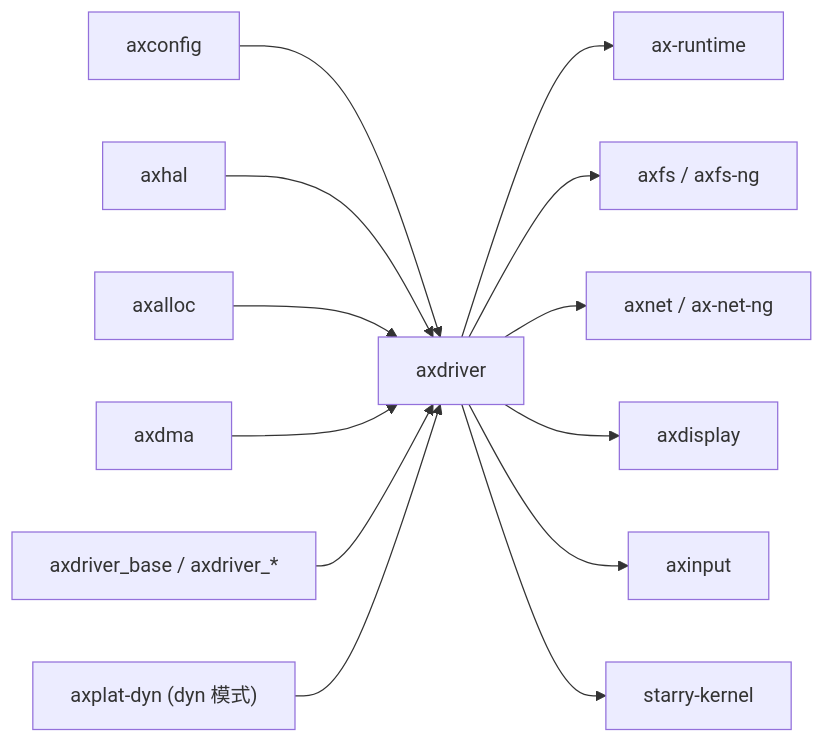
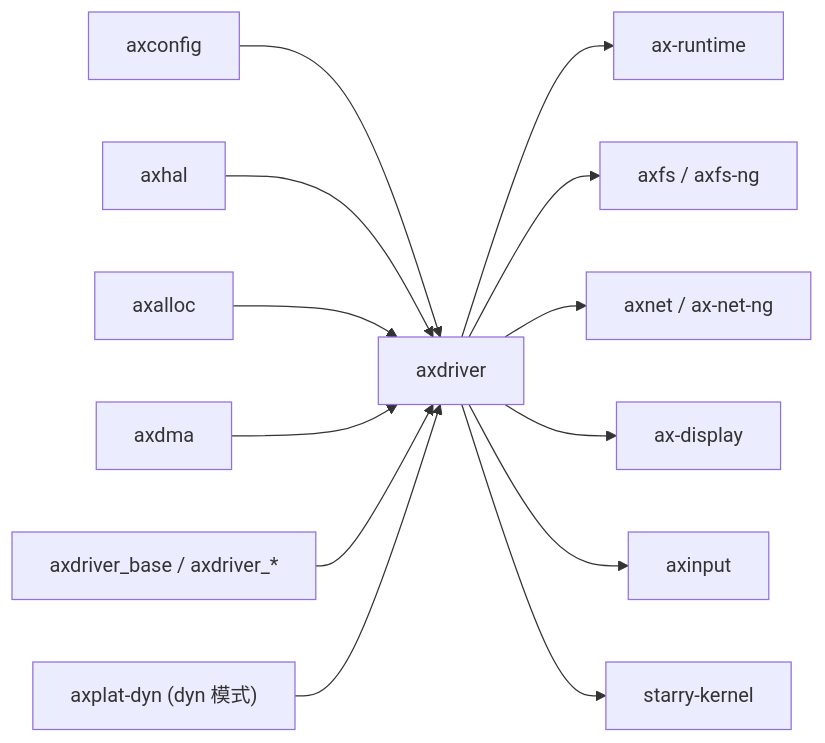
The second of 2 diagrams in docs/crates/axdriver.md (zKurisu/tgoskits), drawn with Mermaid before and after one commit. The commit also changed other lines of this file and 42 other files, not shown here.

Commit message:
rename axdisplay to ax-display

````diff
--- a/docs/crates/axdriver.md
+++ b/docs/crates/axdriver.md
@@ -124,16 +124,16 @@
 ```mermaid
 graph LR
     axconfig["axconfig"] --> axdriver["axdriver"]
     axhal["axhal"] --> axdriver
     axalloc["axalloc"] --> axdriver
     axdma["axdma"] --> axdriver
     axdriver_base["axdriver_base / axdriver_*"] --> axdriver
     axplat_dyn["axplat-dyn (dyn 模式)"] --> axdriver
 
     axdriver --> ax-runtime["ax-runtime"]
     axdriver --> axfs["axfs / axfs-ng"]
     axdriver --> axnet["axnet / ax-net-ng"]
-    axdriver --> axdisplay["axdisplay"]
+    axdriver --> ax-display["ax-display"]
     axdriver --> axinput["axinput"]
     axdriver --> starry_kernel["starry-kernel"]
 ```
````
